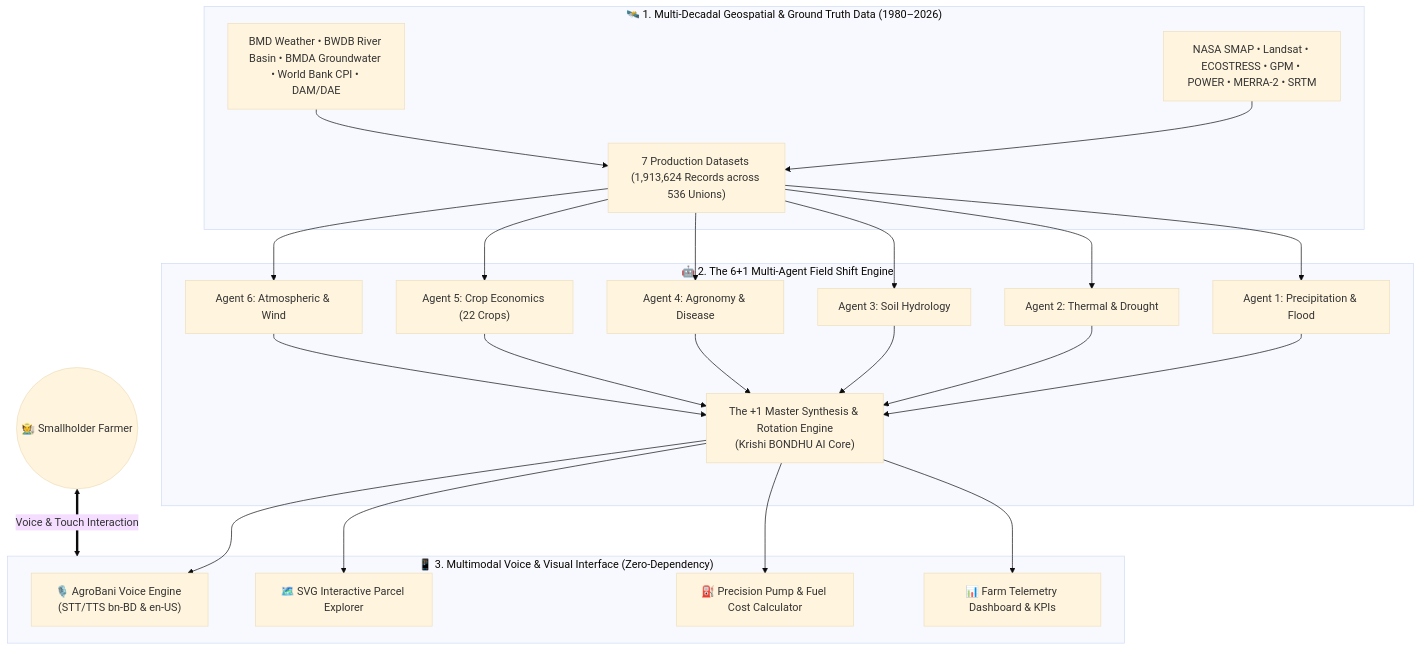
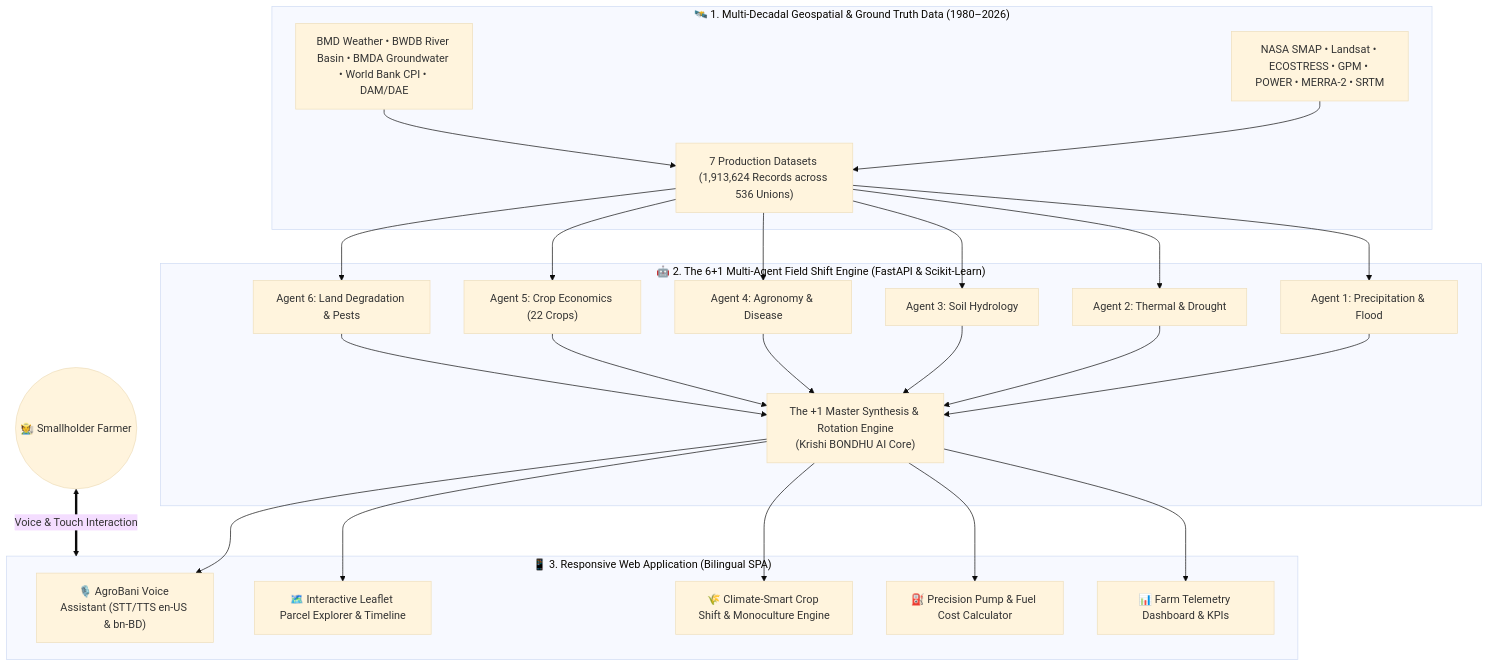
Before and after one commit to suhita-04/Krishi-Bondhu-Ai: the diagram in README.md, drawn with Mermaid (base theme). The commit also changed other lines of this file and 10 other files, not shown here.

````diff
--- a/README.md
+++ b/README.md
@@ -274,37 +373,39 @@
 ```mermaid
 flowchart TD
     subgraph Data_Layer["🛰️ 1. Multi-Decadal Geospatial & Ground Truth Data (1980–2026)"]
         NASA_DATA["NASA SMAP • Landsat • ECOSTRESS • GPM • POWER • MERRA-2 • SRTM"]
         GROUND_DATA["BMD Weather • BWDB River Basin • BMDA Groundwater • World Bank CPI • DAM/DAE"]
         HARMONIZED_CSV["7 Production Datasets (1,913,624 Records across 536 Unions)"]
         NASA_DATA --> HARMONIZED_CSV
         GROUND_DATA --> HARMONIZED_CSV
     end
 
-    subgraph Agent_Layer["🤖 2. The 6+1 Multi-Agent Field Shift Engine"]
+    subgraph Agent_Layer["🤖 2. The 6+1 Multi-Agent Field Shift Engine (FastAPI & Scikit-Learn)"]
         A1["Agent 1: Precipitation & Flood"]
         A2["Agent 2: Thermal & Drought"]
         A3["Agent 3: Soil Hydrology"]
         A4["Agent 4: Agronomy & Disease"]
         A5["Agent 5: Crop Economics (22 Crops)"]
-        A6["Agent 6: Atmospheric & Wind"]
+        A6["Agent 6: Land Degradation & Pests"]
         MASTER["The +1 Master Synthesis & Rotation Engine<br/>(Krishi BONDHU AI Core)"]
         
         HARMONIZED_CSV --> A1 & A2 & A3 & A4 & A5 & A6
         A1 & A2 & A3 & A4 & A5 & A6 --> MASTER
     end
 
-    subgraph Client_App["📱 3. Multimodal Voice & Visual Interface (Zero-Dependency)"]
-        VOICE["🎙️ AgroBani Voice Engine (STT/TTS bn-BD & en-US)"]
-        GIS["🗺️ SVG Interactive Parcel Explorer"]
+    subgraph Client_App["📱 3. Responsive Web Application (Bilingual SPA)"]
+        VOICE["🎙️ AgroBani Voice Assistant (STT/TTS en-US & bn-BD)"]
+        GIS["🗺️ Interactive Leaflet Parcel Explorer & Timeline"]
+        CROPS["🌾 Climate-Smart Crop Shift & Monoculture Engine"]
         CALC["⛽ Precision Pump & Fuel Cost Calculator"]
         DASH["📊 Farm Telemetry Dashboard & KPIs"]
         
         MASTER --> VOICE
         MASTER --> GIS
+        MASTER --> CROPS
         MASTER --> CALC
         MASTER --> DASH
     end
 
     FARMER(("🧑‍🌾 Smallholder Farmer")) <==> |Voice & Touch Interaction| Client_App
 ```
````
